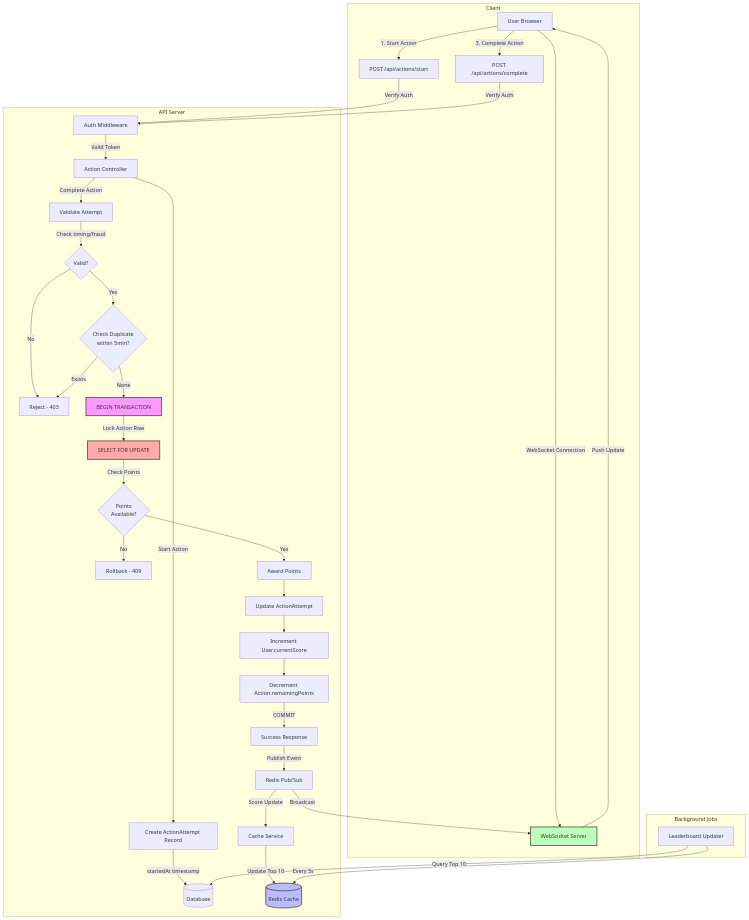
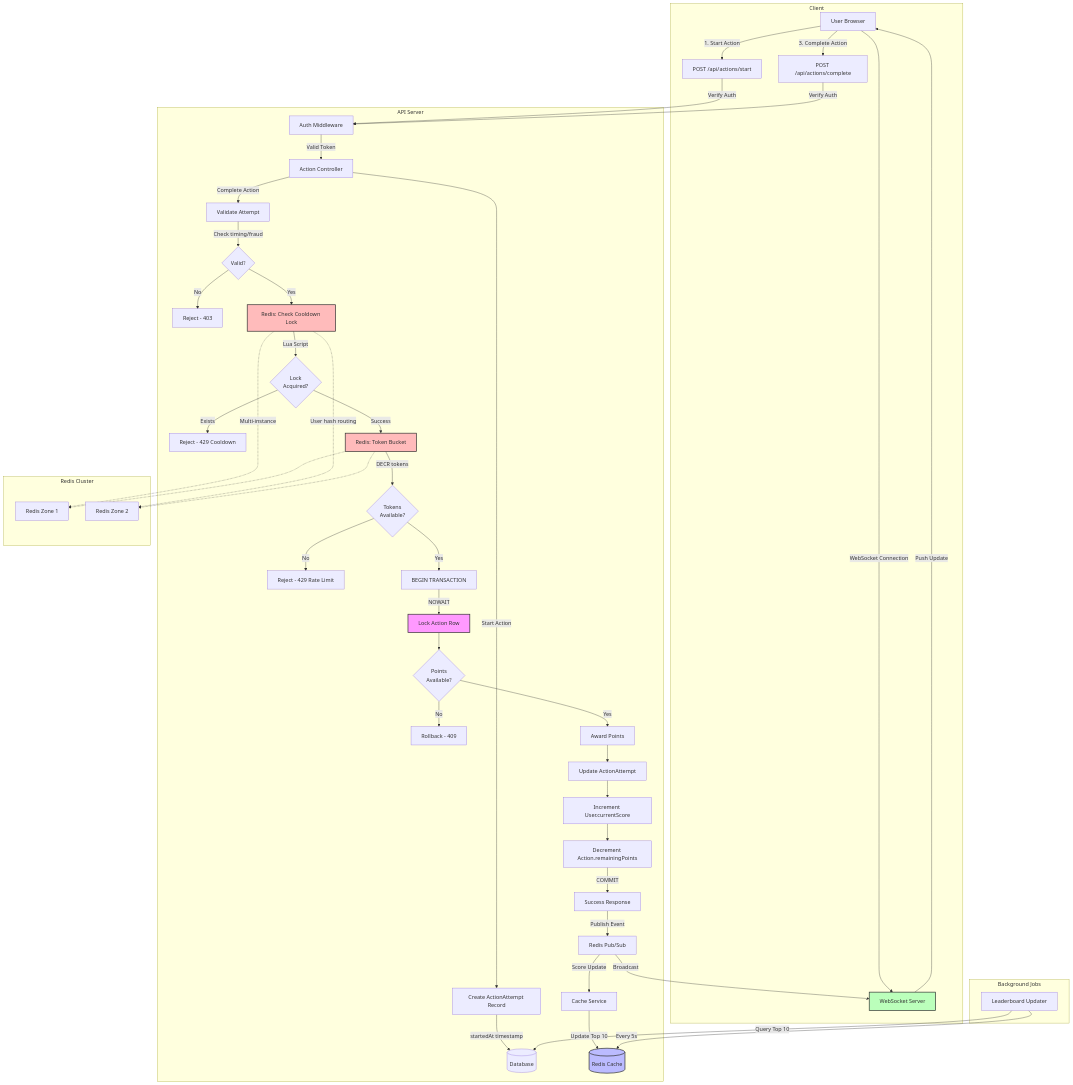
Before and after one commit to ledaihoan/code-challenge-99-tech: the diagram in src/problem6/architecture-flow.mermaid, drawn with Mermaid. The commit also changed 3 other files, not shown here.

```diff
--- a/src/problem6/architecture-flow.mermaid
+++ b/src/problem6/architecture-flow.mermaid
@@ -1,49 +1,63 @@
 graph TD
     subgraph Client
         A[User Browser] -->|WebSocket Connection| B[WebSocket Server]
         A -->|1. Start Action| C[POST /api/actions/start]
         A -->|3. Complete Action| D[POST /api/actions/complete]
     end
 
     subgraph API Server
         C -->|Verify Auth| E[Auth Middleware]
         D -->|Verify Auth| E
         E -->|Valid Token| F[Action Controller]
 
         F -->|Start Action| G[Create ActionAttempt Record]
         G -->|startedAt timestamp| H[(Database)]
 
         F -->|Complete Action| I[Validate Attempt]
         I -->|Check timing/fraud| J{Valid?}
         J -->|No| K[Reject - 403]
-        J -->|Yes| L{Check Duplicate<br/>within 5min?}
-        L -->|Exists| K
-        L -->|None| M[BEGIN TRANSACTION]
 
-        M -->|Lock Action Row| N[SELECT FOR UPDATE]
-        N -->|Check Points| O{Points<br/>Available?}
-        O -->|No| P[Rollback - 409]
-        O -->|Yes| Q[Award Points]
+        J -->|Yes| L[Redis: Check Cooldown Lock]
+        L -->|Lua Script| M{Lock<br/>Acquired?}
+        M -->|Exists| N[Reject - 429 Cooldown]
+        M -->|Success| O[Redis: Token Bucket]
 
-        Q --> R[Update ActionAttempt]
-        R --> S[Increment User.currentScore]
-        S --> T[Decrement Action.remainingPoints]
-        T -->|COMMIT| U[Success Response]
+        O -->|DECR tokens| P{Tokens<br/>Available?}
+        P -->|No| Q[Reject - 429 Rate Limit]
+        P -->|Yes| R[BEGIN TRANSACTION]
 
-        U -->|Publish Event| V[Redis Pub/Sub]
-        V -->|Score Update| W[Cache Service]
-        W -->|Update Top 10| X[(Redis Cache)]
+        R -->|NOWAIT| S[Lock Action Row]
+        S --> T{Points<br/>Available?}
+        T -->|No| U[Rollback - 409]
+        T -->|Yes| V[Award Points]
 
-        V -->|Broadcast| B
+        V --> W[Update ActionAttempt]
+        W --> X[Increment User.currentScore]
+        X --> Y[Decrement Action.remainingPoints]
+        Y -->|COMMIT| Z[Success Response]
+
+        Z -->|Publish Event| AA[Redis Pub/Sub]
+        AA -->|Score Update| AB[Cache Service]
+        AB -->|Update Top 10| AC[(Redis Cache)]
+
+        AA -->|Broadcast| B
         B -->|Push Update| A
     end
 
     subgraph Background Jobs
-        Y[Leaderboard Updater] -->|Every 5s| X
-        Y -->|Query Top 10| H
+        AD[Leaderboard Updater] -->|Every 5s| AC
+        AD -->|Query Top 10| H
     end
 
-    style M fill:#f9f,stroke:#333,stroke-width:2px
-    style N fill:#faa,stroke:#333,stroke-width:2px
-    style X fill:#bbf,stroke:#333,stroke-width:2px
+    subgraph Redis Cluster
+        L -.->|Multi-instance| AE[Redis Zone 1]
+        L -.->|User hash routing| AF[Redis Zone 2]
+        O -.-> AE
+        O -.-> AF
+    end
+
+    style L fill:#fbb,stroke:#333,stroke-width:2px
+    style O fill:#fbb,stroke:#333,stroke-width:2px
+    style S fill:#f9f,stroke:#333,stroke-width:2px
+    style AC fill:#bbf,stroke:#333,stroke-width:2px
     style B fill:#bfb,stroke:#333,stroke-width:2px
```
